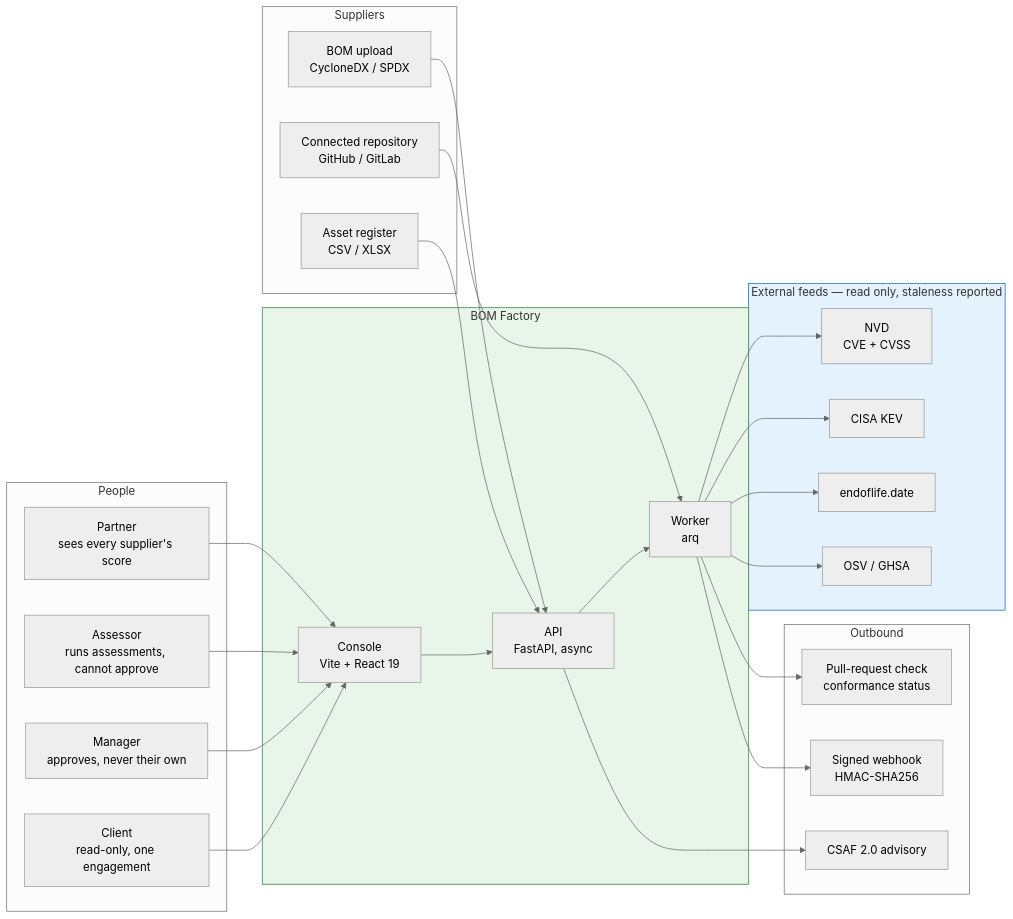
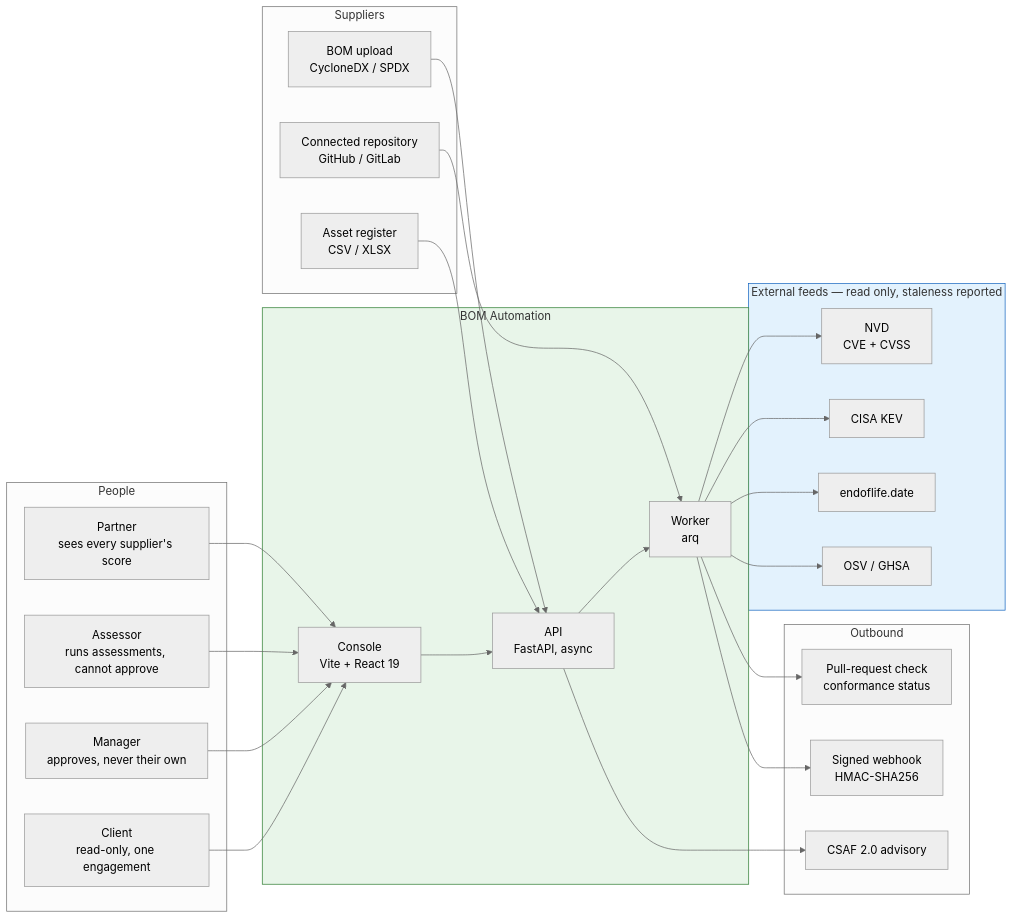
One commit to shubhamjha16/BOM_Automation changed the first of 15 diagrams in docs/ARCHITECTURE.md. Above: the diagram before and after it, drawn with Mermaid (neutral theme). The commit also changed other lines of this file and 44 other files, not shown here.

First line of the commit message:
rename: BOM Factory becomes BOM Automation

````diff
--- a/docs/ARCHITECTURE.md
+++ b/docs/ARCHITECTURE.md
@@ -15,54 +15,54 @@
 ```mermaid
 graph LR
     subgraph people["People"]
         PARTNER["Partner<br/>sees every supplier's score"]
         ASSESSOR["Assessor<br/>runs assessments, cannot approve"]
         MANAGER["Manager<br/>approves, never their own"]
         CLIENTUSER["Client<br/>read-only, one engagement"]
     end
 
-    subgraph product["BOM Factory"]
+    subgraph product["BOM Automation"]
         CONSOLE["Console<br/>Vite + React 19"]
         API["API<br/>FastAPI, async"]
         WORKER["Worker<br/>arq"]
     end
 
     subgraph suppliers["Suppliers"]
         UPLOAD["BOM upload<br/>CycloneDX / SPDX"]
         REPO["Connected repository<br/>GitHub / GitLab"]
         REGISTER["Asset register<br/>CSV / XLSX"]
     end
 
     subgraph feeds["External feeds — read only, staleness reported"]
         NVD["NVD<br/>CVE + CVSS"]
         KEV["CISA KEV"]
         EOL["endoflife.date"]
         OSV["OSV / GHSA"]
     end
 
     subgraph out["Outbound"]
         PR["Pull-request check<br/>conformance status"]
         WEBHOOK["Signed webhook<br/>HMAC-SHA256"]
         CSAF["CSAF 2.0 advisory"]
     end
 
     PARTNER --> CONSOLE
     ASSESSOR --> CONSOLE
     MANAGER --> CONSOLE
     CLIENTUSER --> CONSOLE
     CONSOLE --> API
     UPLOAD --> API
     REGISTER --> API
     REPO --> WORKER
     API --> WORKER
     WORKER --> NVD
     WORKER --> KEV
     WORKER --> EOL
     WORKER --> OSV
     WORKER --> PR
     WORKER --> WEBHOOK
     API --> CSAF
 
     style product fill:#e8f5e9,stroke:#2e7d32
     style feeds fill:#e3f2fd,stroke:#1565c0
 ```
````
